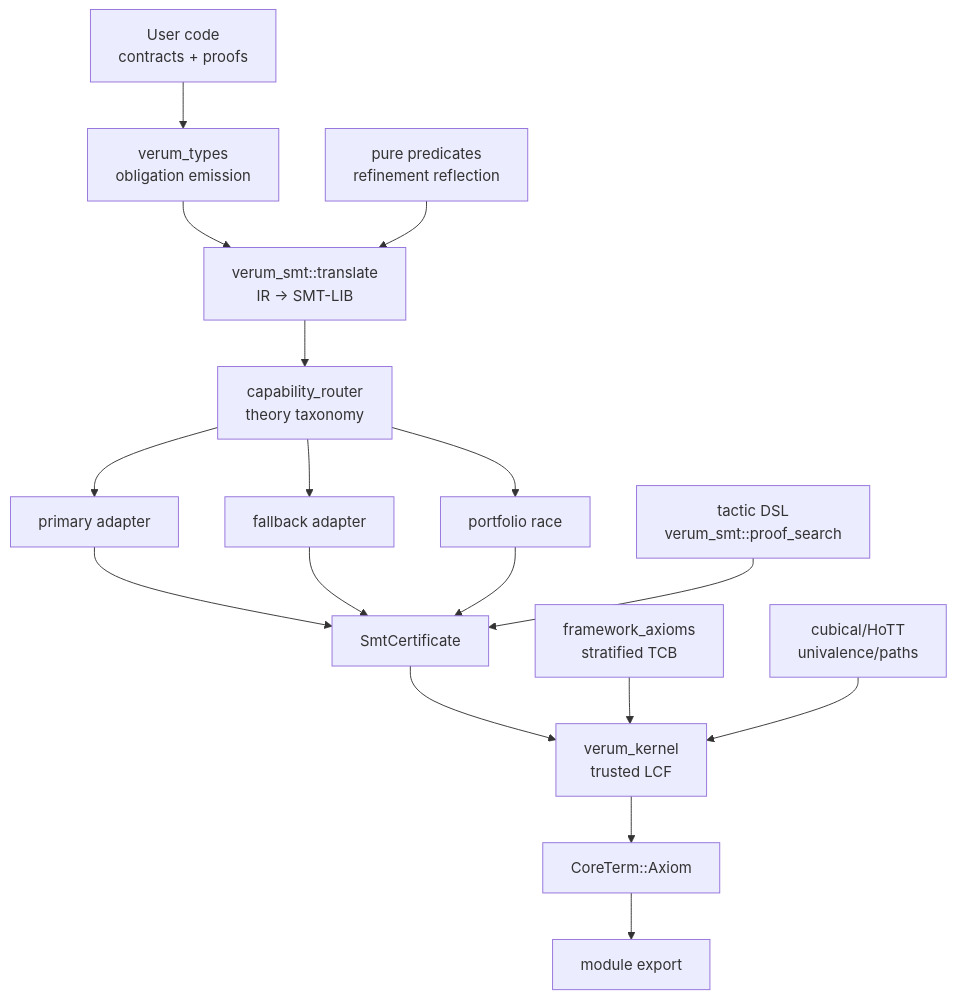
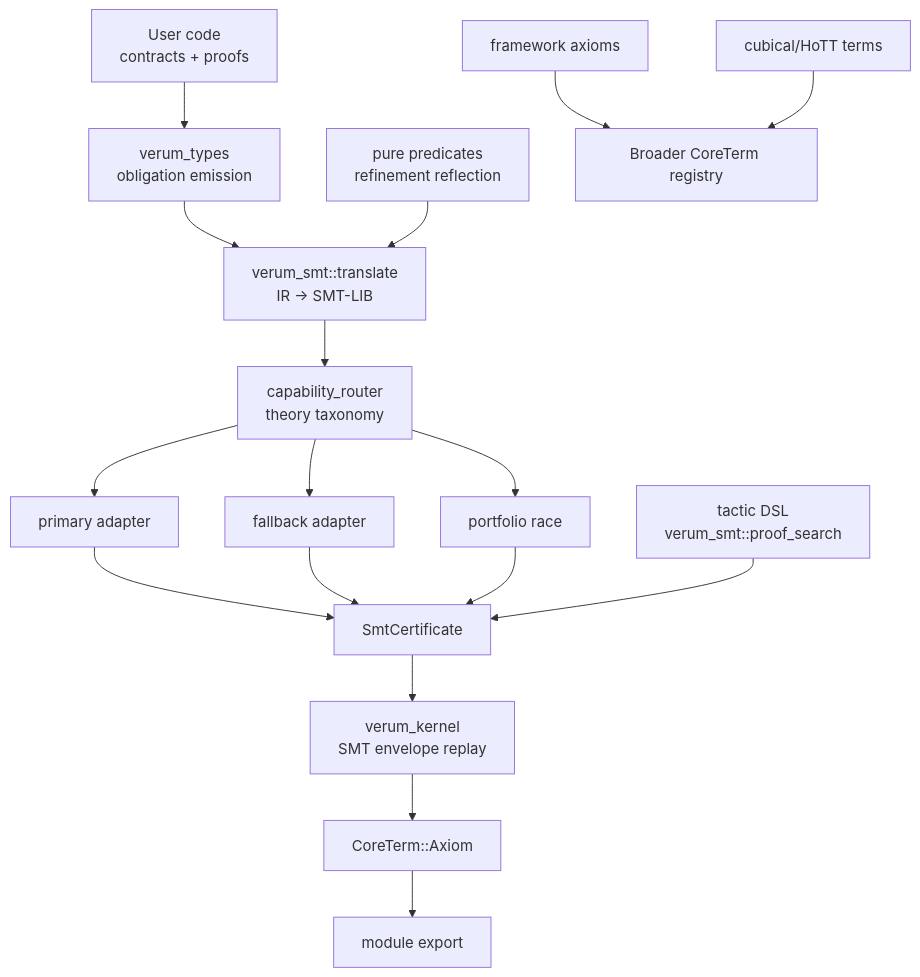
One commit to verum-lang/website changed the second of 2 diagrams in docs/verification/index.md. Above: the diagram before and after it, drawn with Mermaid. The commit also changed other lines of this file and 10 other files, not shown here.

````diff
--- a/docs/verification/index.md
+++ b/docs/verification/index.md
@@ -265,20 +256,20 @@
 ```mermaid
 flowchart TB
     User[User code<br/>contracts + proofs] --> Types[verum_types<br/>obligation emission]
     Types --> Translate[verum_smt::translate<br/>IR → SMT-LIB]
     Translate --> Router[capability_router<br/>theory taxonomy]
     Router --> Adapter1[primary adapter]
     Router --> Adapter2[fallback adapter]
     Router --> Portfolio[portfolio race]
     Adapter1 --> Certificate[SmtCertificate]
     Adapter2 --> Certificate
     Portfolio --> Certificate
-    Certificate --> Kernel[verum_kernel<br/>trusted LCF]
+    Certificate --> Kernel[verum_kernel<br/>SMT envelope replay]
     Kernel --> Axiom[CoreTerm::Axiom]
     Axiom --> Module[module export]
 
     TacticDSL[tactic DSL<br/>verum_smt::proof_search] --> Certificate
     Logic[pure predicates<br/>refinement reflection] --> Translate
-    Framework[framework_axioms<br/>stratified TCB] --> Kernel
-    Cubical[cubical/HoTT<br/>univalence/paths] --> Kernel
+    Framework[framework axioms] --> Registry[Broader CoreTerm registry]
+    Cubical[cubical/HoTT terms] --> Registry
 ```
````
